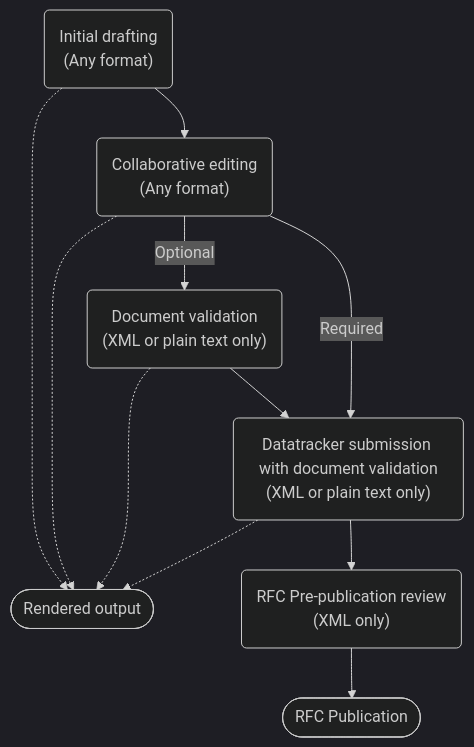
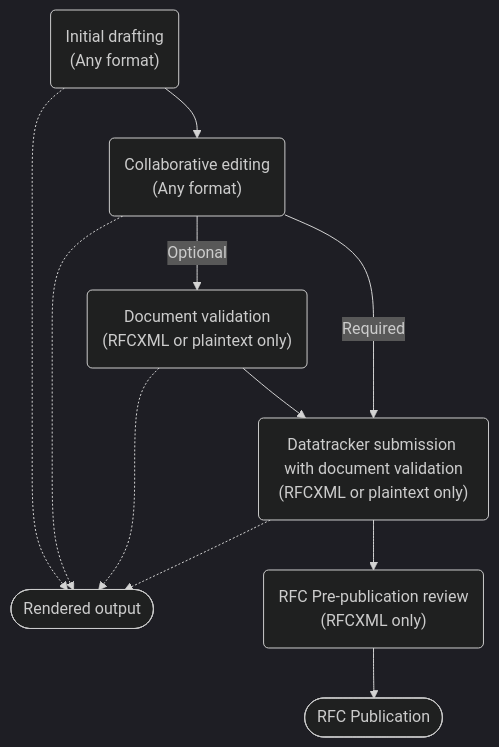
One commit to ietf/authors.ietf.org changed the diagram in home.md. Above: the diagram before and after it, drawn with Mermaid (dark theme). The commit also changed other lines of this file, not shown here.

````diff
--- a/home.md
+++ b/home.md
@@ -36,13 +36,13 @@
 ```mermaid
 graph TD  
   A("Initial drafting<br/>(Any format)") --> B("Collaborative editing<br/>(Any format)")
   A -.-> D
   B -.-> D
-  B -- Optional --> C("Document validation<br/>(XML or plain text only)")
+  B -- Optional --> C("Document validation<br/>(RFCXML or plaintext only)")
   C -.-> D([Rendered output])
-  C --> E("Datatracker submission with document validation<br/>(XML or plain text only)")
+  C --> E("Datatracker submission with document validation<br/>(RFCXML or plaintext only)")
   E -.-> D
   B -- Required --> E
-  E --> F("RFC Pre-publication review<br/>(XML only)")
+  E --> F("RFC Pre-publication review<br/>(RFCXML only)")
   F --> G([RFC Publication])
 ```
````
